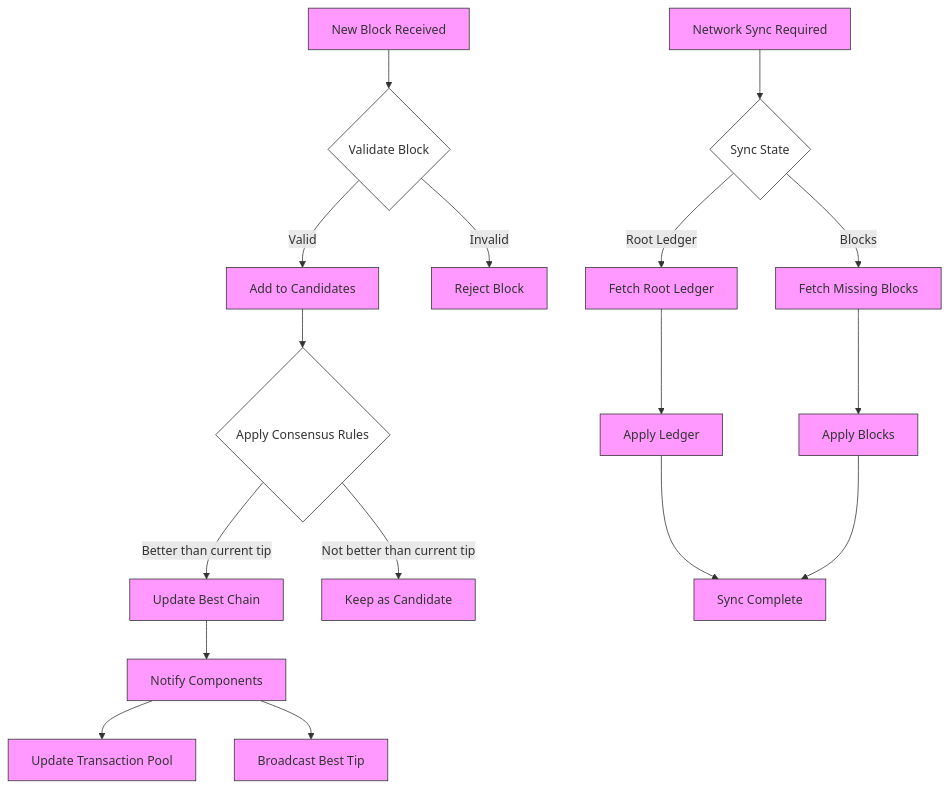
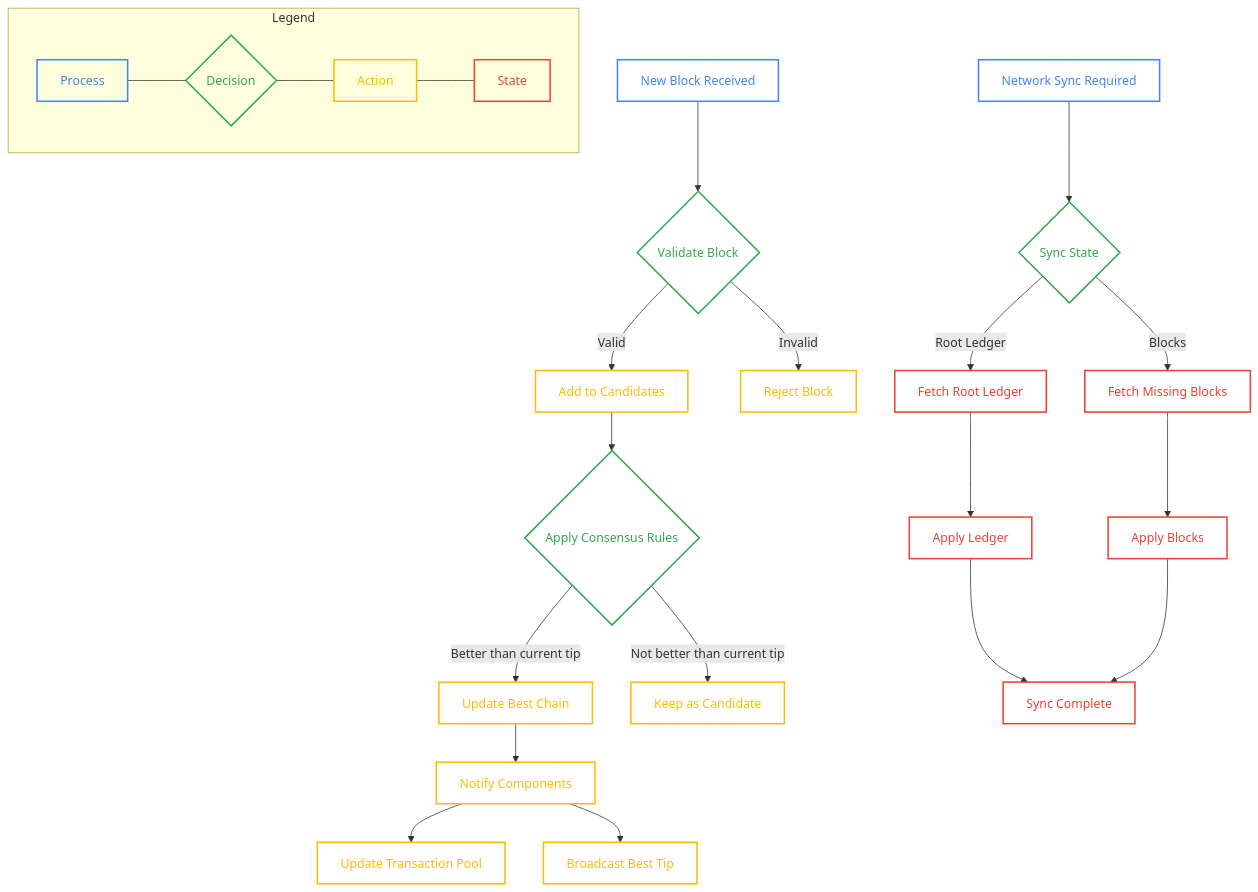
The diagram in node/src/transition_frontier/README.md (openmina/openmina), drawn with Mermaid before and after one commit.

Commit message:
Made diagrams colors accessible

````diff
--- a/node/src/transition_frontier/README.md
+++ b/node/src/transition_frontier/README.md
@@ -3,27 +3,46 @@
 ```mermaid
 graph TD
+    %% Transition Frontier Flow Diagram
+    %% Using transparent fills with colored borders for accessibility on both light and dark backgrounds
+
+    %% Block Processing Flow
     A[New Block Received] --> B{Validate Block}
     B -- Valid --> C[Add to Candidates]
     B -- Invalid --> D[Reject Block]
     C --> E{Apply Consensus Rules}
     E -- Better than current tip --> F[Update Best Chain]
     E -- Not better than current tip --> G[Keep as Candidate]
     F --> H[Notify Components]
     H --> I[Update Transaction Pool]
     H --> J[Broadcast Best Tip]
 
+    %% Synchronization Flow
     K[Network Sync Required] --> L{Sync State}
     L -- Root Ledger --> M[Fetch Root Ledger]
     L -- Blocks --> N[Fetch Missing Blocks]
     M --> O[Apply Ledger]
     N --> P[Apply Blocks]
     O --> Q[Sync Complete]
     P --> Q
 
-    classDef process fill:#f9f,stroke:#333,stroke-width:1px;
-    classDef decision fill:none,stroke:#333,stroke-width:1px;
-    classDef state fill:none,stroke:#333,stroke-width:1px;
+    %% Style Definitions - Transparent fills with colored borders
+    classDef process fill:transparent,stroke:#4285F4,stroke-width:2px,color:#4285F4;
+    classDef decision fill:transparent,stroke:#34A853,stroke-width:2px,color:#34A853;
+    classDef action fill:transparent,stroke:#FBBC05,stroke-width:2px,color:#FBBC05;
+    classDef state fill:transparent,stroke:#EA4335,stroke-width:2px,color:#EA4335;
 
-    class A,C,D,F,G,H,I,J,K,M,N,O,P,Q process;
+    %% Apply styles to nodes
+    class A,K process;
     class B,E,L decision;
+    class C,D,F,G,H,I,J action;
+    class M,N,O,P,Q state;
+
+    %% Legend
+    subgraph Legend
+        Z1[Process] --- Z2{Decision} --- Z3[Action] --- Z4[State]
+    end
+    class Z1 process;
+    class Z2 decision;
+    class Z3 action;
+    class Z4 state;
 ```
````
